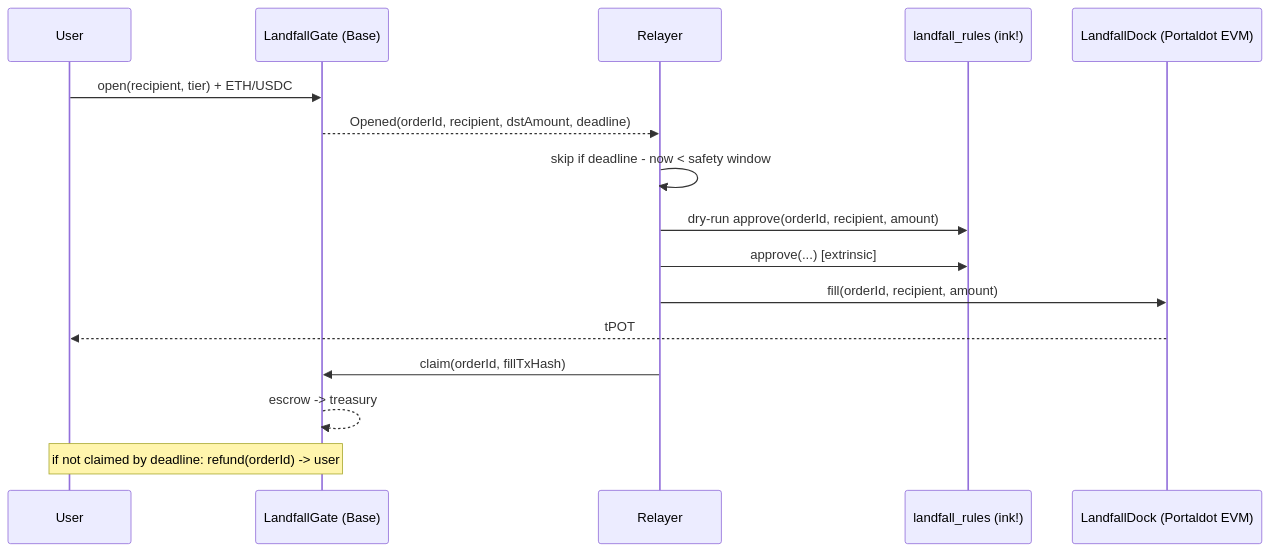
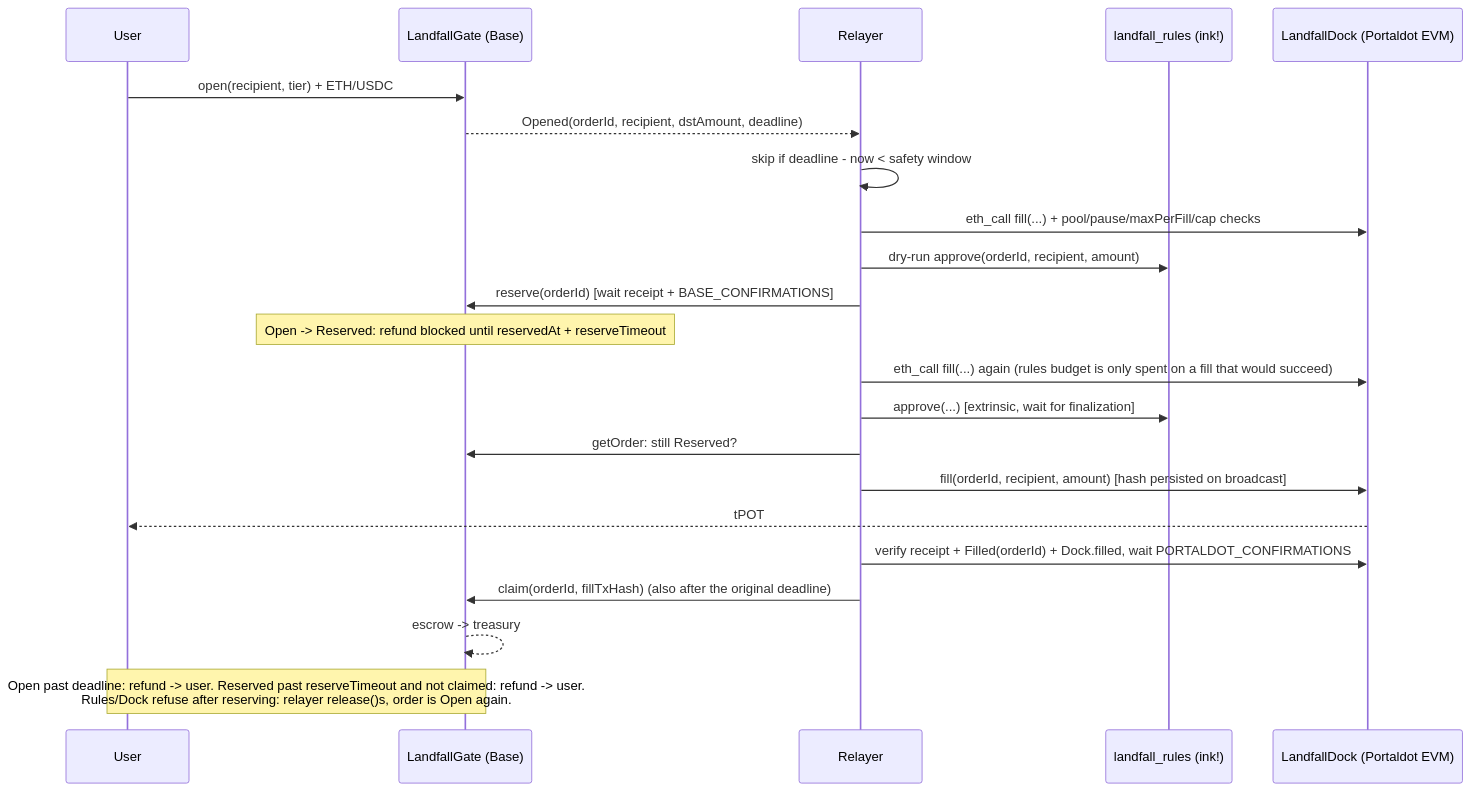
One commit to itsolaph/dotgas changed the second of 2 diagrams in README.md. Above: the diagram before and after it, drawn with Mermaid. The commit also changed other lines of this file and 4 other files, not shown here.

First line of the commit message:
docs, web: reservation flow, trust model and risks; Reserved status in the UI

````diff
--- a/README.md
+++ b/README.md
@@ -50,18 +52,24 @@
 ```mermaid
 sequenceDiagram
   participant U as User
   participant G as LandfallGate (Base)
   participant RL as Relayer
   participant R as landfall_rules (ink!)
   participant D as LandfallDock (Portaldot EVM)
   U->>G: open(recipient, tier) + ETH/USDC
   G-->>RL: Opened(orderId, recipient, dstAmount, deadline)
   RL->>RL: skip if deadline - now < safety window
+  RL->>D: eth_call fill(...) + pool/pause/maxPerFill/cap checks
   RL->>R: dry-run approve(orderId, recipient, amount)
-  RL->>R: approve(...) [extrinsic]
-  RL->>D: fill(orderId, recipient, amount)
+  RL->>G: reserve(orderId) [wait receipt + BASE_CONFIRMATIONS]
+  Note over G: Open -> Reserved: refund blocked until reservedAt + reserveTimeout
+  RL->>D: eth_call fill(...) again (rules budget is only spent on a fill that would succeed)
+  RL->>R: approve(...) [extrinsic, wait for finalization]
+  RL->>G: getOrder: still Reserved?
+  RL->>D: fill(orderId, recipient, amount) [hash persisted on broadcast]
   D-->>U: tPOT
-  RL->>G: claim(orderId, fillTxHash)
+  RL->>D: verify receipt + Filled(orderId) + Dock.filled, wait PORTALDOT_CONFIRMATIONS
+  RL->>G: claim(orderId, fillTxHash) (also after the original deadline)
   G-->>G: escrow -> treasury
-  Note over U,G: if not claimed by deadline: refund(orderId) -> user
+  Note over U,G: Open past deadline: refund -> user. Reserved past reserveTimeout and not claimed: refund -> user.<br/>Rules/Dock refuse after reserving: relayer release()s, order is Open again.
 ```
````
